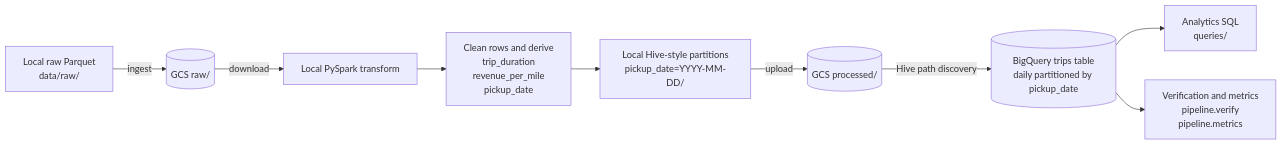
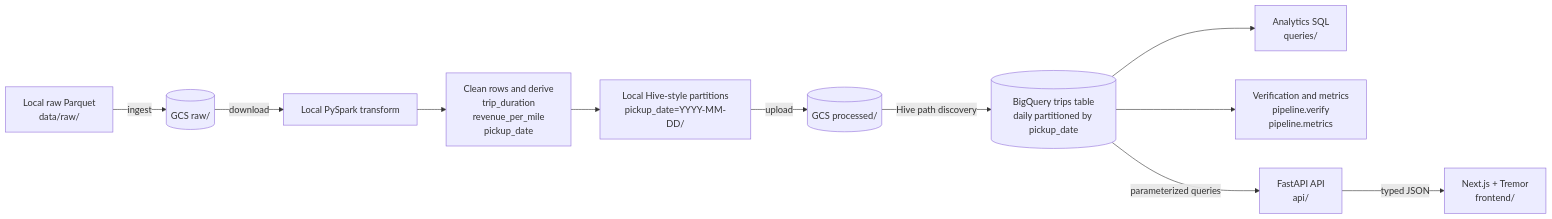
The diagram in README.md (rupinmunjal/taxi-pipeline), drawn with Mermaid before and after one commit. The commit also changed other lines of this file and 4 other files, not shown here.

Commit message:
Document dashboard setup and architecture

````diff
--- a/README.md
+++ b/README.md
@@ -9,11 +9,13 @@
 ```mermaid
 flowchart LR
     A[Local raw Parquet<br/>data/raw/] -->|ingest| B[(GCS raw/)]
     B -->|download| C[Local PySpark transform]
     C --> D[Clean rows and derive<br/>trip_duration<br/>revenue_per_mile<br/>pickup_date]
     D --> E[Local Hive-style partitions<br/>pickup_date=YYYY-MM-DD/]
     E -->|upload| F[(GCS processed/)]
     F -->|Hive path discovery| G[(BigQuery trips table<br/>daily partitioned by pickup_date)]
     G --> H[Analytics SQL<br/>queries/]
     G --> I[Verification and metrics<br/>pipeline.verify<br/>pipeline.metrics]
+    G -->|parameterized queries| J[FastAPI API<br/>api/]
+    J -->|typed JSON| K[Next.js + Tremor<br/>frontend/]
 ```
````
